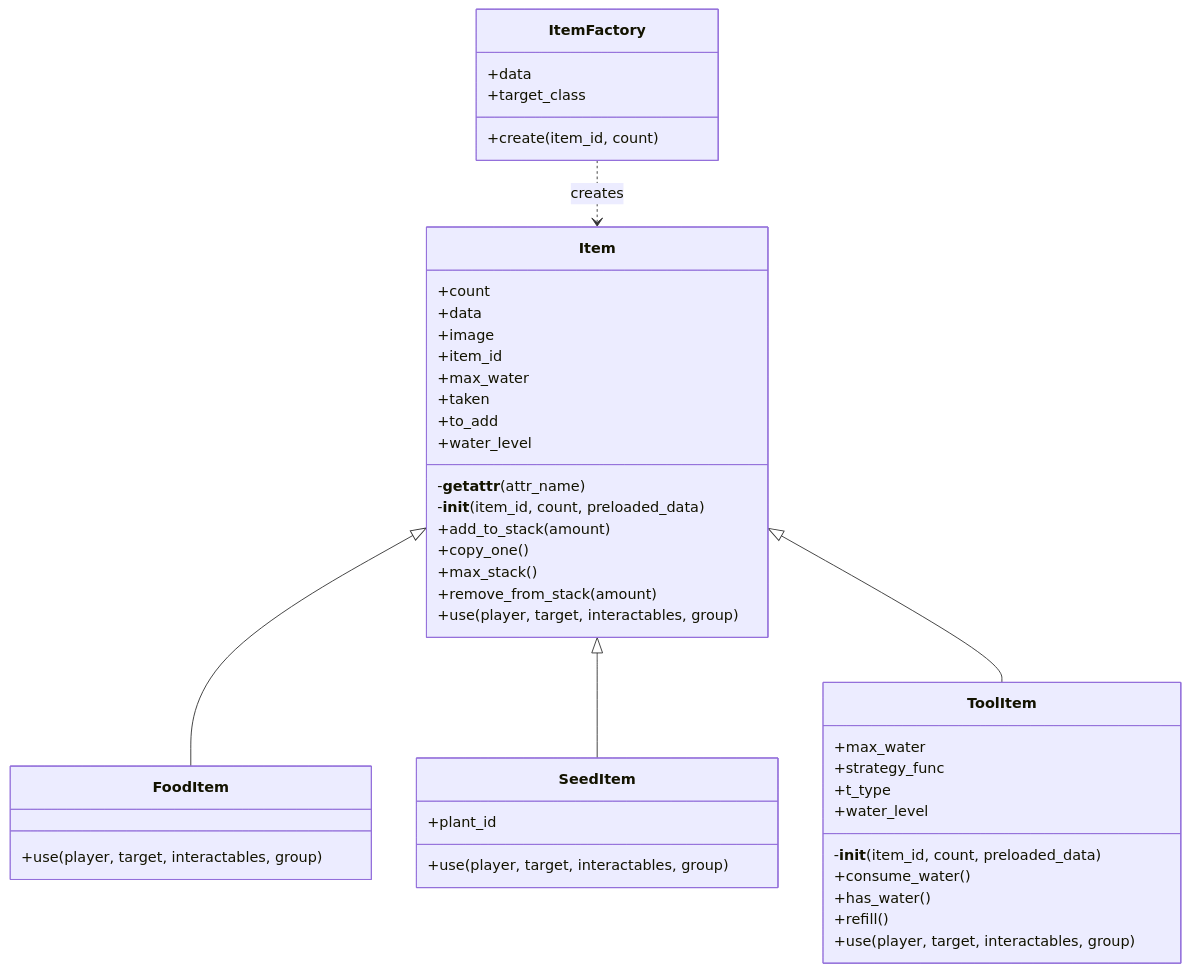
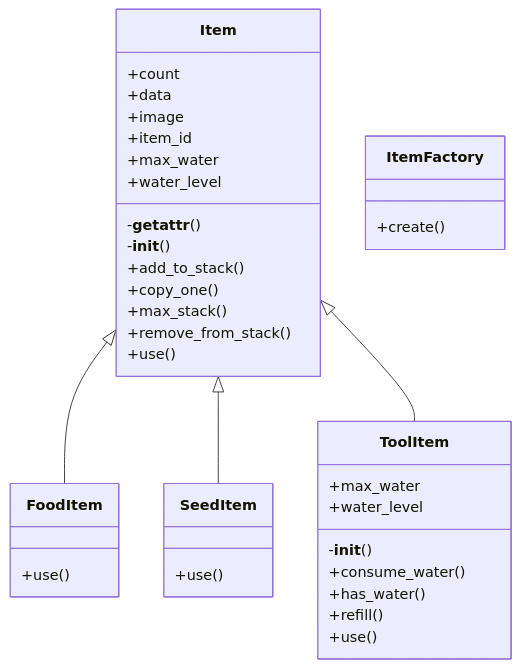
Before and after one commit to FlamboyantKiwi/Python-Plant-Sim: the diagram in uml/items_uml.md, drawn with Mermaid. The commit also changed 16 other files, not shown here.

First line of the commit message:
Add wiki UML generator and refresh UML docs

````diff
--- a/uml/items_uml.md
+++ b/uml/items_uml.md
@@ -1,47 +1,39 @@
 ```mermaid
 classDiagram
     Item <|-- FoodItem
     Item <|-- SeedItem
     Item <|-- ToolItem
-    ItemFactory ..> Item : creates
     class Item {
         +count
         +data
         +image
         +item_id
         +max_water
-        +taken
-        +to_add
         +water_level
-        -__getattr__(attr_name)
-        -__init__(item_id, count, preloaded_data)
-        +add_to_stack(amount)
+        -__getattr__()
+        -__init__()
+        +add_to_stack()
         +copy_one()
         +max_stack()
-        +remove_from_stack(amount)
-        +use(player, target, interactables, group)
+        +remove_from_stack()
+        +use()
     }
     class FoodItem {
-        +use(player, target, interactables, group)
+        +use()
     }
     class ItemFactory {
-        +data
-        +target_class
-        +create(item_id, count)
+        +create()
     }
     class SeedItem {
-        +plant_id
-        +use(player, target, interactables, group)
+        +use()
     }
     class ToolItem {
         +max_water
-        +strategy_func
-        +t_type
         +water_level
-        -__init__(item_id, count, preloaded_data)
+        -__init__()
         +consume_water()
         +has_water()
         +refill()
-        +use(player, target, interactables, group)
+        +use()
     }
 ```
````
